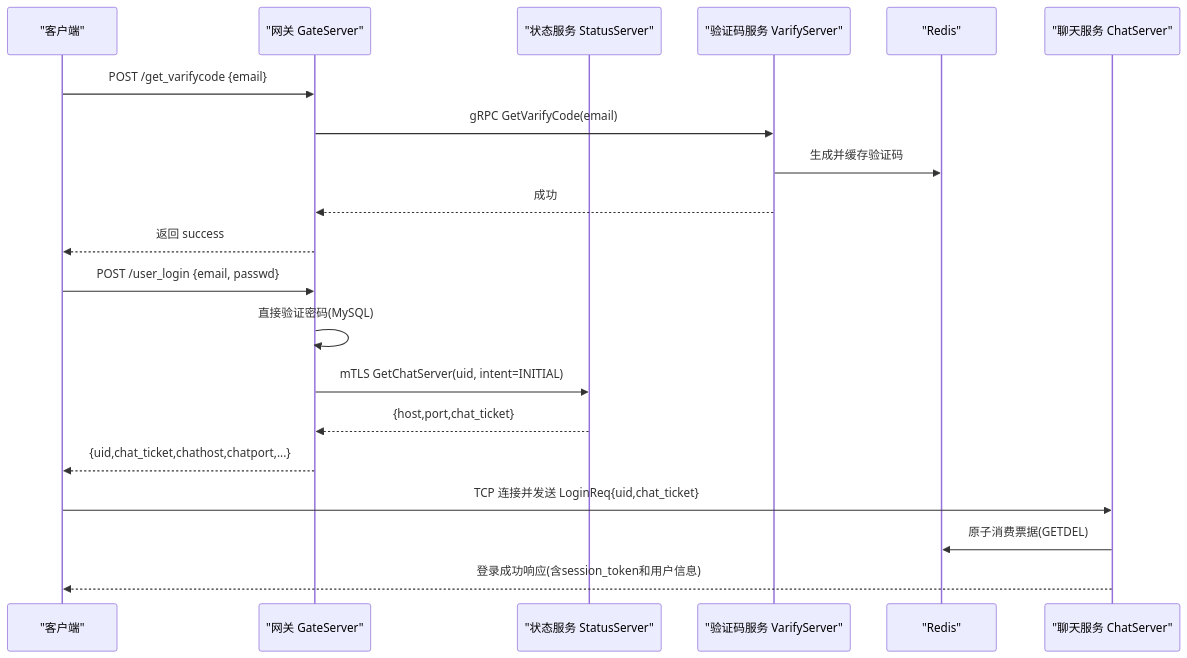
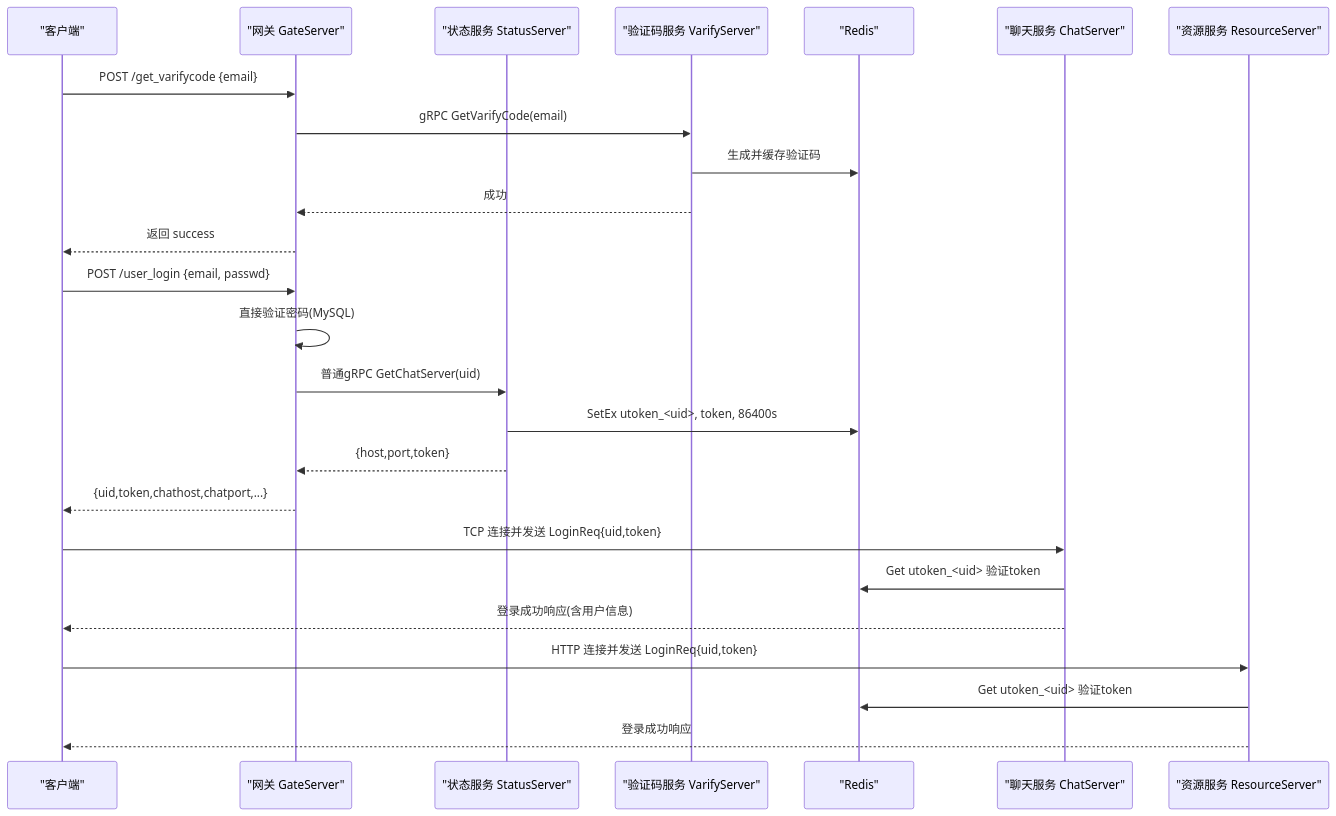
The second of 10 diagrams in .qoder/repowiki/zh/content/安全设计/身份认证系统/登录认证系统.md (echo9923/mychatter), drawn with Mermaid before and after one commit. The commit also changed other lines of this file and 58 other files, not shown here.

````diff
--- a/.qoder/repowiki/zh/content/安全设计/身份认证系统/登录认证系统.md
+++ b/.qoder/repowiki/zh/content/安全设计/身份认证系统/登录认证系统.md
@@ -104,22 +107,27 @@
 ```mermaid
 sequenceDiagram
 participant C as "客户端"
 participant G as "网关 GateServer"
 participant S as "状态服务 StatusServer"
 participant V as "验证码服务 VarifyServer"
 participant R as "Redis"
 participant CH as "聊天服务 ChatServer"
+participant RS as "资源服务 ResourceServer"
 C->>G : POST /get_varifycode {email}
 G->>V : gRPC GetVarifyCode(email)
 V->>R : 生成并缓存验证码
 V-->>G : 成功
 G-->>C : 返回 success
 C->>G : POST /user_login {email, passwd}
 G->>G : 直接验证密码(MySQL)
-G->>S : mTLS GetChatServer(uid, intent=INITIAL)
-S-->>G : {host,port,chat_ticket}
-G-->>C : {uid,chat_ticket,chathost,chatport,...}
-C->>CH : TCP 连接并发送 LoginReq{uid,chat_ticket}
-CH->>R : 原子消费票据(GETDEL)
-CH-->>C : 登录成功响应(含session_token和用户信息)
+G->>S : 普通gRPC GetChatServer(uid)
+S->>R : SetEx utoken_<uid>, token, 86400s
+S-->>G : {host,port,token}
+G-->>C : {uid,token,chathost,chatport,...}
+C->>CH : TCP 连接并发送 LoginReq{uid,token}
+CH->>R : Get utoken_<uid> 验证token
+CH-->>C : 登录成功响应(含用户信息)
+C->>RS : HTTP 连接并发送 LoginReq{uid,token}
+RS->>R : Get utoken_<uid> 验证token
+RS-->>C : 登录成功响应
 ```
````
